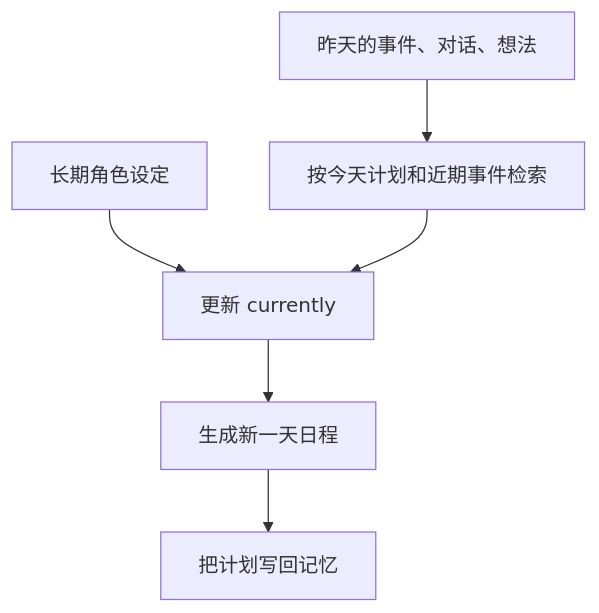
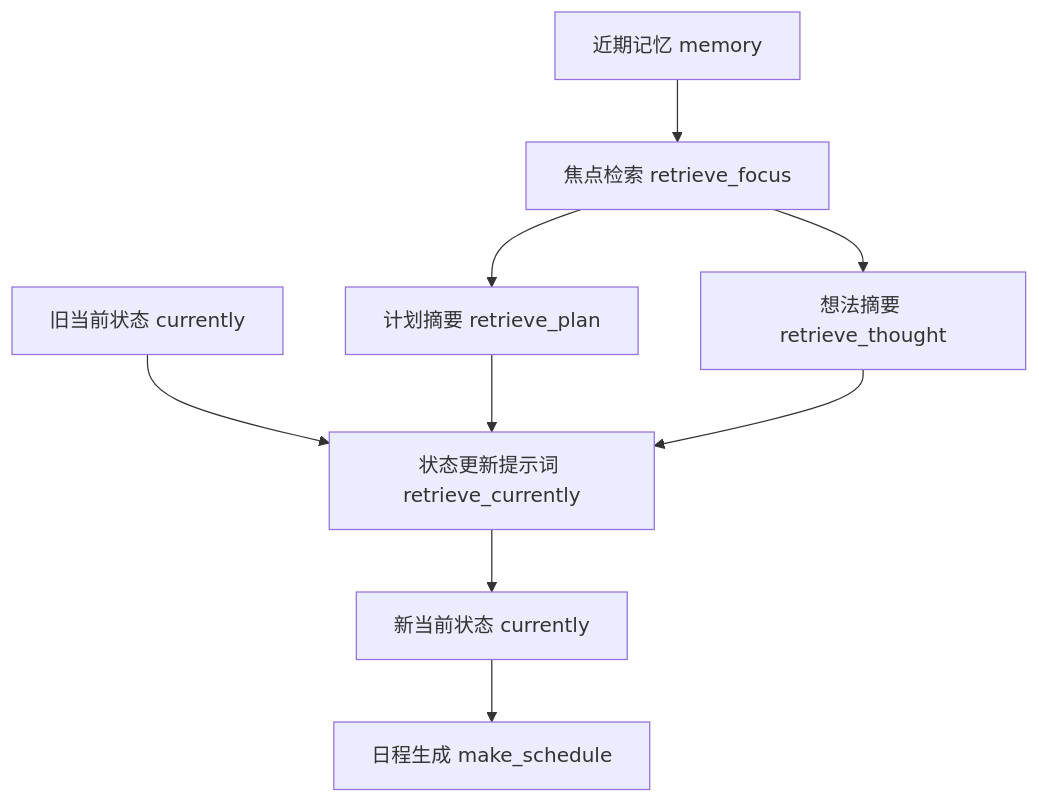
One commit to tbkken/GenerativeAgentsCN changed the second of 6 diagrams in docs/book/manuscript/part_01/chapter_08.md. Above: the diagram before and after it, drawn with Mermaid. The commit also changed other lines of this file and 16 other files, not shown here.

````diff
--- a/docs/book/manuscript/part_01/chapter_08.md
+++ b/docs/book/manuscript/part_01/chapter_08.md
@@ -69,8 +155,11 @@
 ```mermaid
 flowchart TD
-    Yesterday["昨天的事件、对话、想法"] --> Retrieve["按今天计划和近期事件检索"]
-    Persona["长期角色设定"] --> Update["更新 currently"]
-    Retrieve --> Update
-    Update --> Schedule["生成新一天日程"]
-    Schedule --> Memory["把计划写回记忆"]
+    Old["旧当前状态 currently"] --> Prompt["状态更新提示词 retrieve_currently"]
+    Memory["近期记忆 memory"] --> Focus["焦点检索 retrieve_focus"]
+    Focus --> Plan["计划摘要 retrieve_plan"]
+    Focus --> Thought["想法摘要 retrieve_thought"]
+    Plan --> Prompt
+    Thought --> Prompt
+    Prompt --> New["新当前状态 currently"]
+    New --> Schedule["日程生成 make_schedule"]
 ```
````
